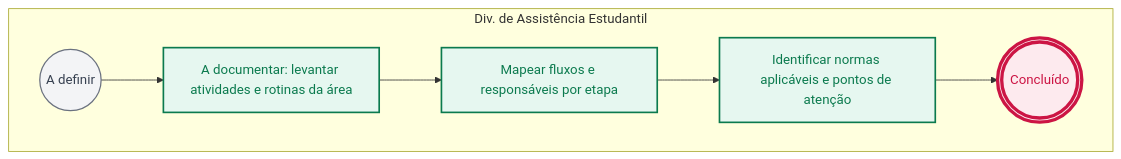
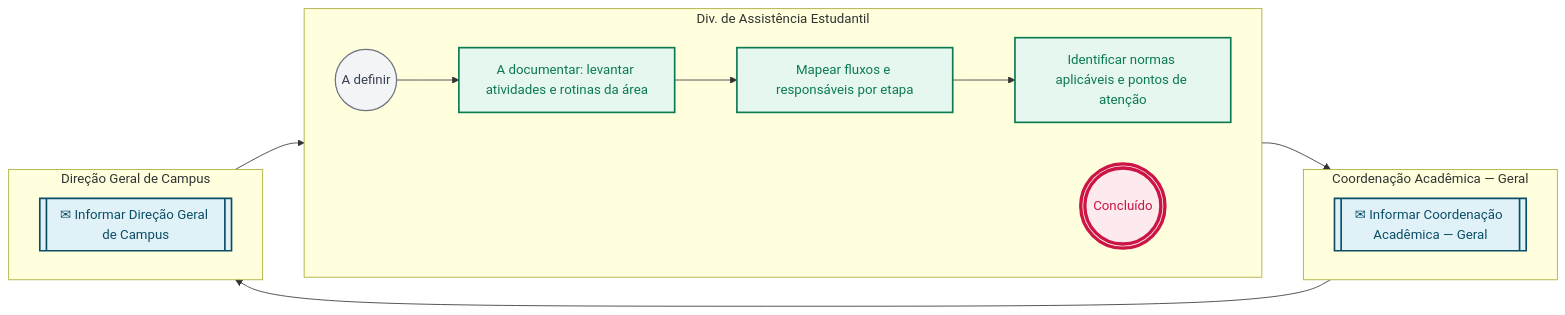
One commit to jessefers/canvas-vivo-atdg changed the second of 2 diagrams in pops/DAE/DAE-00.md. Above: the diagram before and after it, drawn with Mermaid. The commit also changed other lines of this file and 95 other files, not shown here.

````diff
--- a/pops/DAE/DAE-00.md
+++ b/pops/DAE/DAE-00.md
@@ -117,24 +135,35 @@
 ```mermaid
 flowchart LR
   subgraph R1["Div. de Assistência Estudantil"]
     direction LR
     e1(("A definir"))
     e2["A documentar: levantar atividades e rotinas da área"]
     e3["Mapear fluxos e responsáveis por etapa"]
     e4["Identificar normas aplicáveis e pontos de atenção"]
-    e5((("Concluído")))
+    e7((("Concluído")))
+  end
+  subgraph R2["Coordenação Acadêmica — Geral"]
+    direction LR
+    e5[["✉ Informar Coordenação Acadêmica — Geral"]]
+  end
+  subgraph R3["Direção Geral de Campus"]
+    direction LR
+    e6[["✉ Informar Direção Geral de Campus"]]
   end
   e1 --> e2
   e2 --> e3
   e3 --> e4
   e4 --> e5
+  e5 --> e6
+  e6 --> e7
   classDef inicio fill:#f3f4f6,stroke:#6b7280,stroke-width:1.5px,color:#374151
   classDef atividade fill:#E6F7F0,stroke:#0B7A4E,stroke-width:2px,color:#0B7A4E
   classDef decisao fill:#FFF4ED,stroke:#C9783A,stroke-width:2px,color:#C9783A
   classDef fim fill:#FDEAEE,stroke:#CC1544,stroke-width:4px,color:#CC1544
   classDef pausa fill:#FDEAEE,stroke:#CC1544,stroke-width:2px,color:#CC1544
   classDef captura fill:#E0F2F8,stroke:#0B4D66,stroke-width:2px,color:#0B4D66
   class e1 inicio
   class e2,e3,e4 atividade
-  class e5 fim
+  class e5,e6 captura
+  class e7 fim
 ```
````
